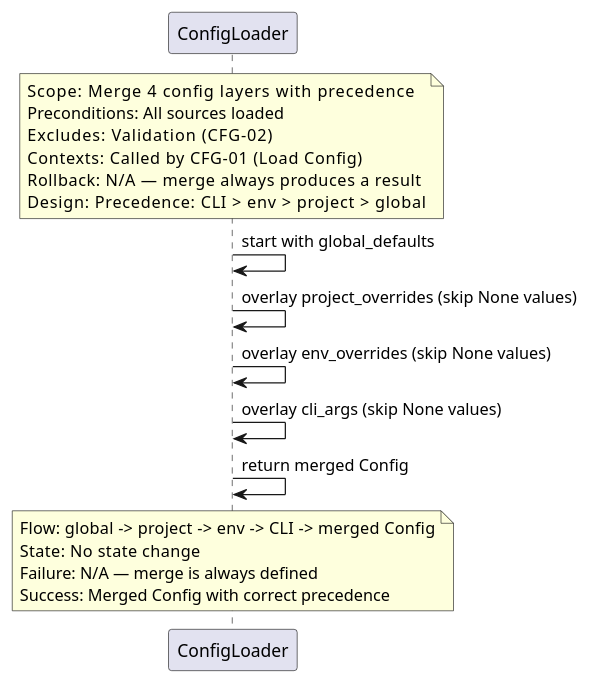
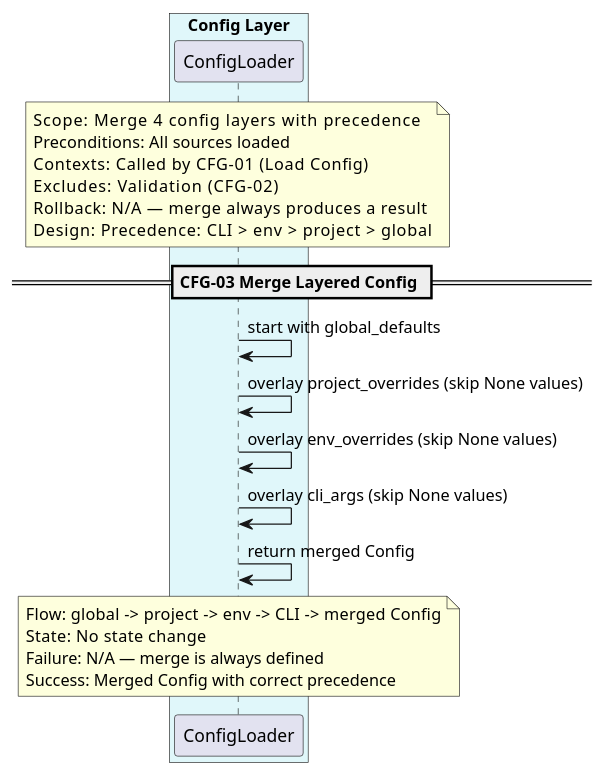
Before and after one commit to salimnamvar/nasim: the diagram in docs/sq/CFG/sq_cfg03_merge_layered_config.puml, drawn with PlantUML. The commit also changed 37 other files, not shown here.

First line of the commit message:
docs: Refactor and enhance SQ, CTX, LLM, PRV, SAF, SSN, and TL diagrams for clarity and consistency

```diff
--- a/docs/sq/CFG/sq_cfg03_merge_layered_config.puml
+++ b/docs/sq/CFG/sq_cfg03_merge_layered_config.puml
@@ -1,39 +1,40 @@
 @startuml sq_cfg03_merge_layered_config
 ' ============================================================
 ' Title:     CFG-03 — Merge Layered Config
 ' Boundary:  nasim code agent CLI
 ' Purpose:   Config layer merge with precedence
 ' Milestone: v1.0
 ' Version:   2.0.0
 ' Source:    docs/audit/audit_2026-06-20_capability-and-architecture.md
 ' Review:    —
 ' ============================================================
 
-participant "ConfigLoader" as cfg
-
 box "Config Layer" #E0F7FA
+  participant "ConfigLoader" as cfg
 end box
 
 note over cfg
   Scope:          Merge 4 config layers with precedence
   Preconditions:  All sources loaded
+  Contexts:       Called by CFG-01 (Load Config)
   Excludes:       Validation (CFG-02)
-  Contexts:       Called by CFG-01 (Load Config)
   Rollback:       N/A — merge always produces a result
   Design:         Precedence: CLI > env > project > global
 end note
+
+== CFG-03 Merge Layered Config ==
 
 cfg -> cfg : start with global_defaults
 cfg -> cfg : overlay project_overrides (skip None values)
 cfg -> cfg : overlay env_overrides (skip None values)
 cfg -> cfg : overlay cli_args (skip None values)
 cfg -> cfg : return merged Config
 
 note over cfg
   Flow:    global -> project -> env -> CLI -> merged Config
   State:   No state change
   Failure: N/A — merge is always defined
   Success: Merged Config with correct precedence
 end note
 
 @enduml
```
